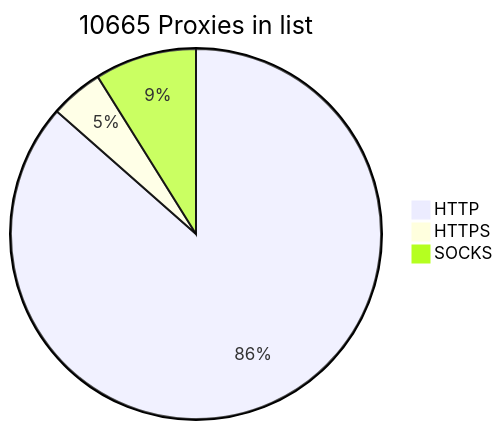
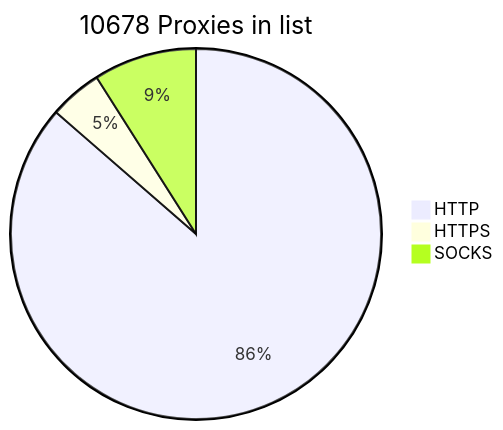
The diagram in README.md (BlackSnowDot/proxylist-update-every-minute), drawn with Mermaid before and after one commit.

````diff
--- a/README.md
+++ b/README.md
@@ -2,6 +2,6 @@
 ```mermaid
-pie title 10665 Proxies in list
+pie title 10678 Proxies in list
     "HTTP" : 9225
     "HTTPS": 492
-    "SOCKS" : 948
+    "SOCKS" : 961
 ```
````
